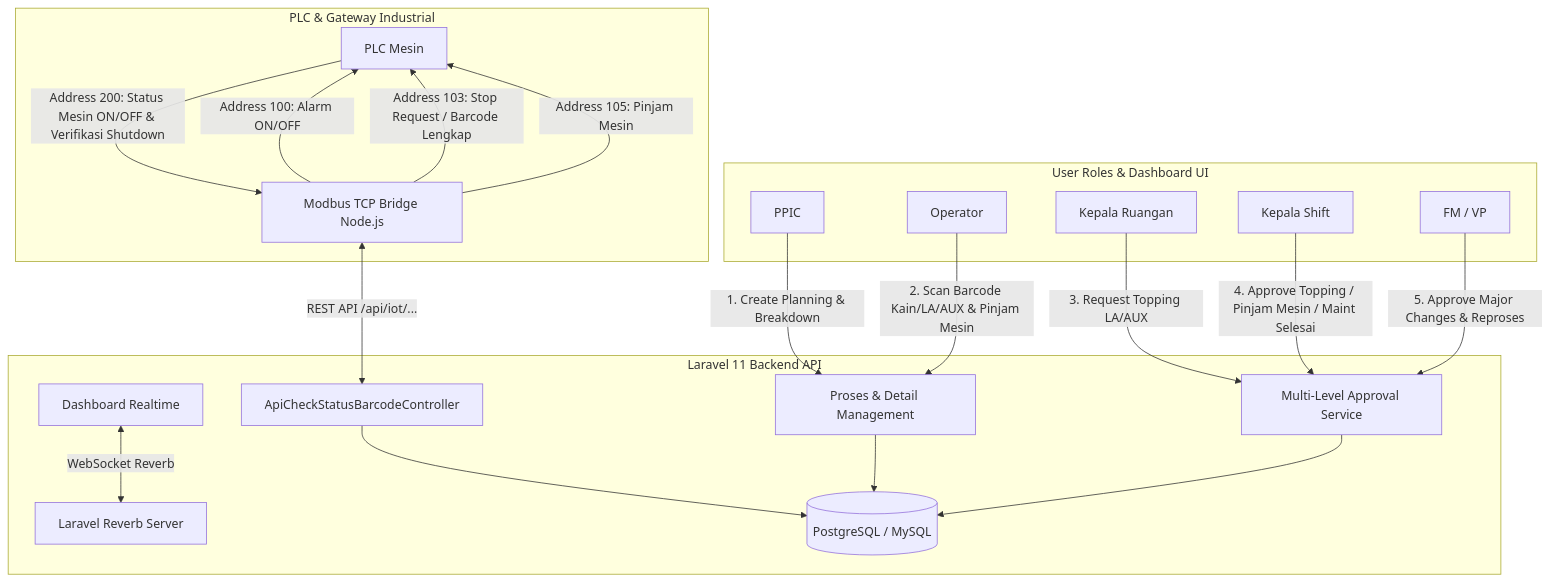
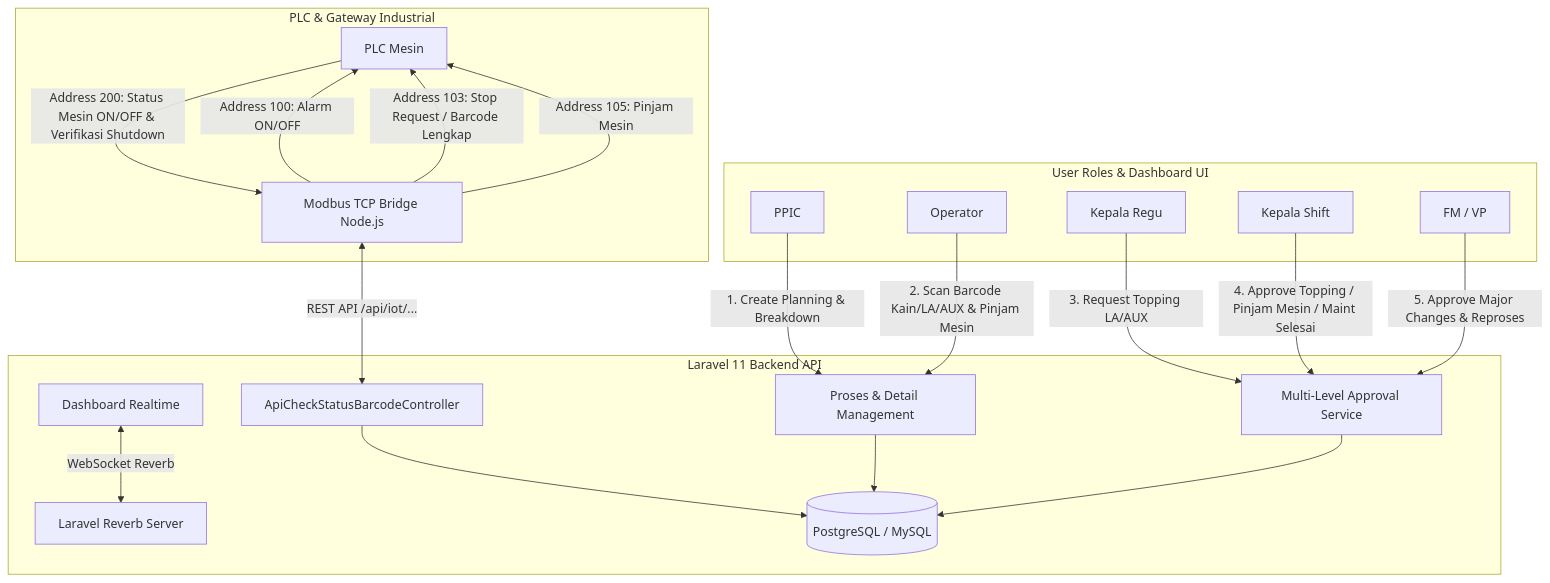
The diagram in README.md (TanNicholas80/dyeing-dpf3), drawn with Mermaid before and after one commit. The commit also changed other lines of this file and 7 other files, not shown here.

Commit message:
Kepala Ruangan Ganti Kepala Regu

````diff
--- a/README.md
+++ b/README.md
@@ -85,25 +85,25 @@
 ```mermaid
 graph TD
     subgraph PLC_Hardware [PLC & Gateway Industrial]
         PLC[PLC Mesin] -->|Address 200: Status Mesin ON/OFF & Verifikasi Shutdown| MB_BRIDGE[Modbus TCP Bridge Node.js]
         MB_BRIDGE -->|Address 100: Alarm ON/OFF| PLC
         MB_BRIDGE -->|Address 103: Stop Request / Barcode Lengkap| PLC
         MB_BRIDGE -->|Address 105: Pinjam Mesin| PLC
     end
 
     subgraph Laravel_Backend [Laravel 11 Backend API]
         MB_BRIDGE <-->|REST API /api/iot/...| API_IOT[ApiCheckStatusBarcodeController]
         DASH[Dashboard Realtime] <-->|WebSocket Reverb| REVERB[Laravel Reverb Server]
         API_IOT --> DB[(PostgreSQL / MySQL)]
         PROSES[Proses & Detail Management] --> DB
         APPR[Multi-Level Approval Service] --> DB
     end
 
     subgraph User_Roles [User Roles & Dashboard UI]
         PPIC[PPIC] -->|1. Create Planning & Breakdown| PROSES
         OP[Operator] -->|2. Scan Barcode Kain/LA/AUX & Pinjam Mesin| PROSES
-        KARU[Kepala Ruangan] -->|3. Request Topping LA/AUX| APPR
+        KARU[Kepala Regu] -->|3. Request Topping LA/AUX| APPR
         KASHIFT[Kepala Shift] -->|4. Approve Topping / Pinjam Mesin / Maint Selesai| APPR
         FM_VP[FM / VP] -->|5. Approve Major Changes & Reproses| APPR
     end
 ```
````
